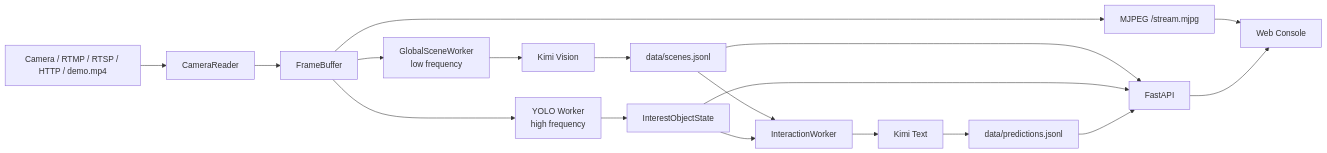
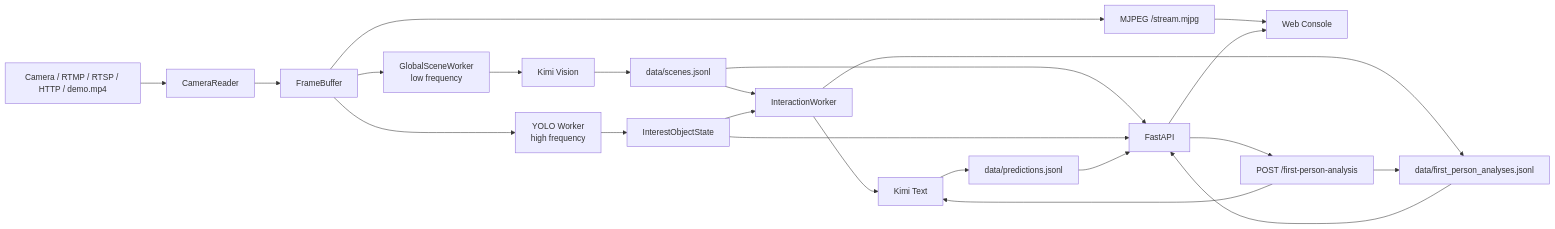
One commit to Mittif/interaction-predictor-mvp changed the diagram in README.md. Above: the diagram before and after it, drawn with Mermaid. The commit also changed other lines of this file and 9 other files, not shown here.

````diff
--- a/README.md
+++ b/README.md
@@ -31,20 +32,25 @@
 ```mermaid
 flowchart LR
   Camera["Camera / RTMP / RTSP / HTTP / demo.mp4"] --> Reader["CameraReader"]
   Reader --> Buffer["FrameBuffer"]
   Buffer --> Stream["MJPEG /stream.mjpg"]
   Stream --> UI["Web Console"]
   Buffer --> SceneWorker["GlobalSceneWorker<br/>low frequency"]
   SceneWorker --> KimiVision["Kimi Vision"]
   KimiVision --> SceneStore["data/scenes.jsonl"]
   Buffer --> YoloWorker["YOLO Worker<br/>high frequency"]
   YoloWorker --> InterestState["InterestObjectState"]
   SceneStore --> InteractionWorker["InteractionWorker"]
   InterestState --> InteractionWorker
   InteractionWorker --> KimiText["Kimi Text"]
   KimiText --> PredictionStore["data/predictions.jsonl"]
+  InteractionWorker --> AnalysisStore["data/first_person_analyses.jsonl"]
+  API --> OnDemand["POST /first-person-analysis"]
+  OnDemand --> KimiText
+  OnDemand --> AnalysisStore
   SceneStore --> API["FastAPI"]
   InterestState --> API
   PredictionStore --> API
+  AnalysisStore --> API
   API --> UI
 ```
````
